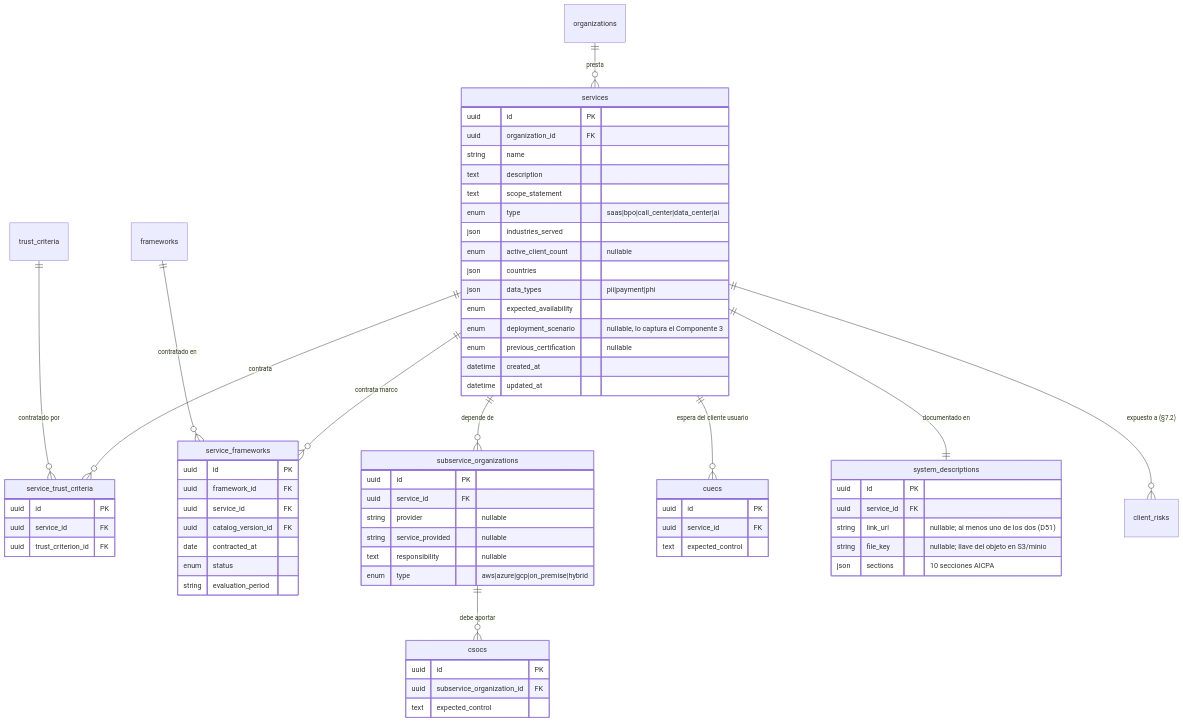
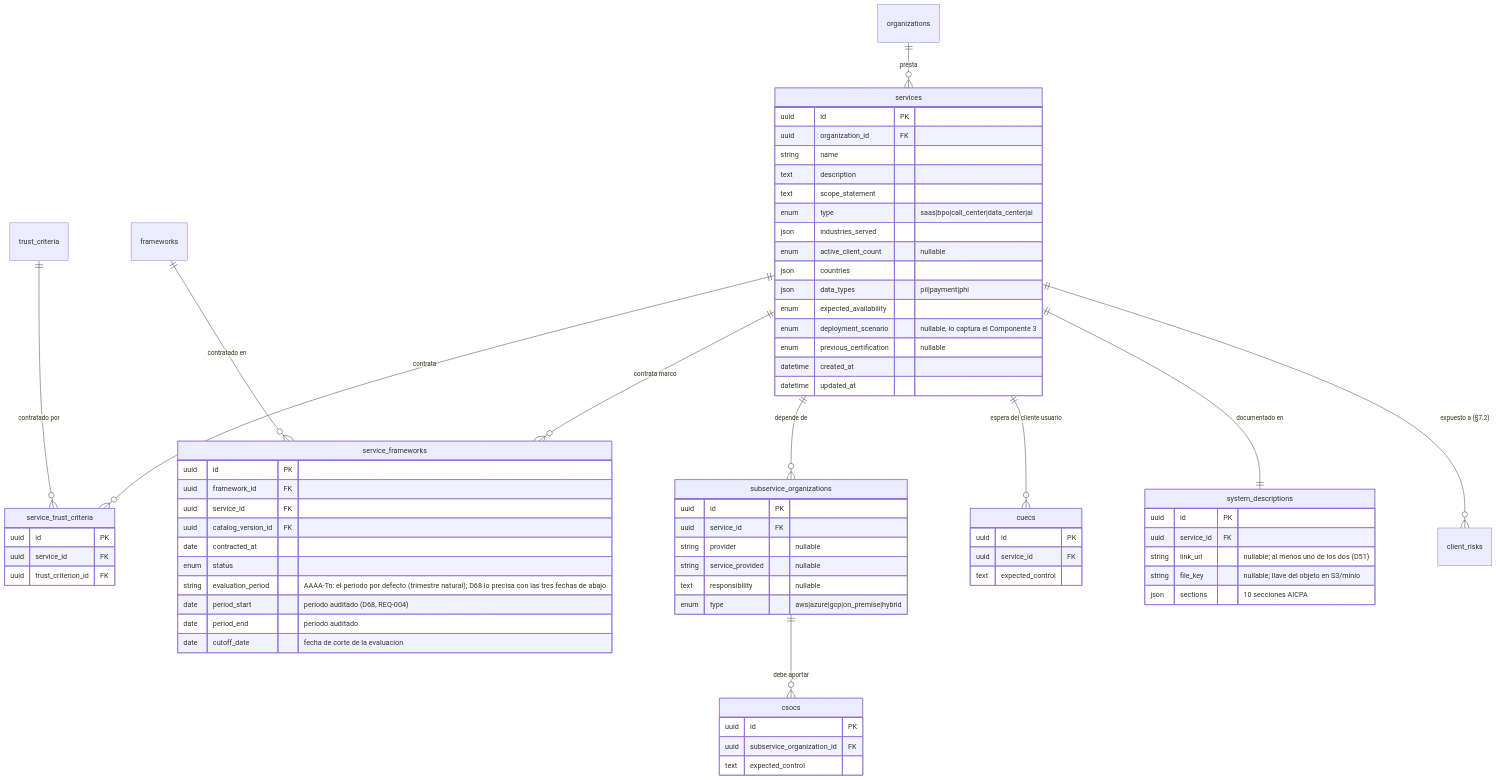
The second of 3 diagrams in skills/product/monkey-compliance-council/references/datos/modelo/06-onboarding.md (Monkey-GRC/Monkey-Brain-IA), drawn with Mermaid before and after one commit. The commit also changed other lines of this file and 23 other files, not shown here.

````diff
--- a/skills/product/monkey-compliance-council/references/datos/modelo/06-onboarding.md
+++ b/skills/product/monkey-compliance-council/references/datos/modelo/06-onboarding.md
@@ -87,69 +87,72 @@
 ```mermaid
 erDiagram
     services {
         uuid id PK
         uuid organization_id FK
         string name
         text description
         text scope_statement
         enum type "saas|bpo|call_center|data_center|ai"
         json industries_served
         enum active_client_count "nullable"
         json countries
         json data_types "pii|payment|phi"
         enum expected_availability
         enum deployment_scenario "nullable, lo captura el Componente 3"
         enum previous_certification "nullable"
         datetime created_at
         datetime updated_at
     }
     service_trust_criteria {
         uuid id PK
         uuid service_id FK
         uuid trust_criterion_id FK
     }
     service_frameworks {
         uuid id PK
         uuid framework_id FK
         uuid service_id FK
         uuid catalog_version_id FK
         date contracted_at
         enum status
-        string evaluation_period
+        string evaluation_period "AAAA-Tn: el periodo por defecto (trimestre natural); D68 lo precisa con las tres fechas de abajo"
+        date period_start "periodo auditado (D68, REQ-004)"
+        date period_end "periodo auditado"
+        date cutoff_date "fecha de corte de la evaluacion"
     }
     subservice_organizations {
         uuid id PK
         uuid service_id FK
         string provider "nullable"
         string service_provided "nullable"
         text responsibility "nullable"
         enum type "aws|azure|gcp|on_premise|hybrid"
     }
     csocs {
         uuid id PK
         uuid subservice_organization_id FK
         text expected_control
     }
     cuecs {
         uuid id PK
         uuid service_id FK
         text expected_control
     }
     system_descriptions {
         uuid id PK
         uuid service_id FK
         string link_url "nullable; al menos uno de los dos (D51)"
         string file_key "nullable; llave del objeto en S3/minio"
         json sections "10 secciones AICPA"
     }
     organizations ||--o{ services : "presta"
     services ||--o{ service_trust_criteria : "contrata"
     trust_criteria ||--o{ service_trust_criteria : "contratado por"
     services ||--o{ service_frameworks : "contrata marco"
     frameworks ||--o{ service_frameworks : "contratado en"
     services ||--o{ subservice_organizations : "depende de"
     subservice_organizations ||--o{ csocs : "debe aportar"
     services ||--o{ cuecs : "espera del cliente usuario"
     services ||--|| system_descriptions : "documentado en"
     services ||--o{ client_risks : "expuesto a (§7.2)"
 ```
````
